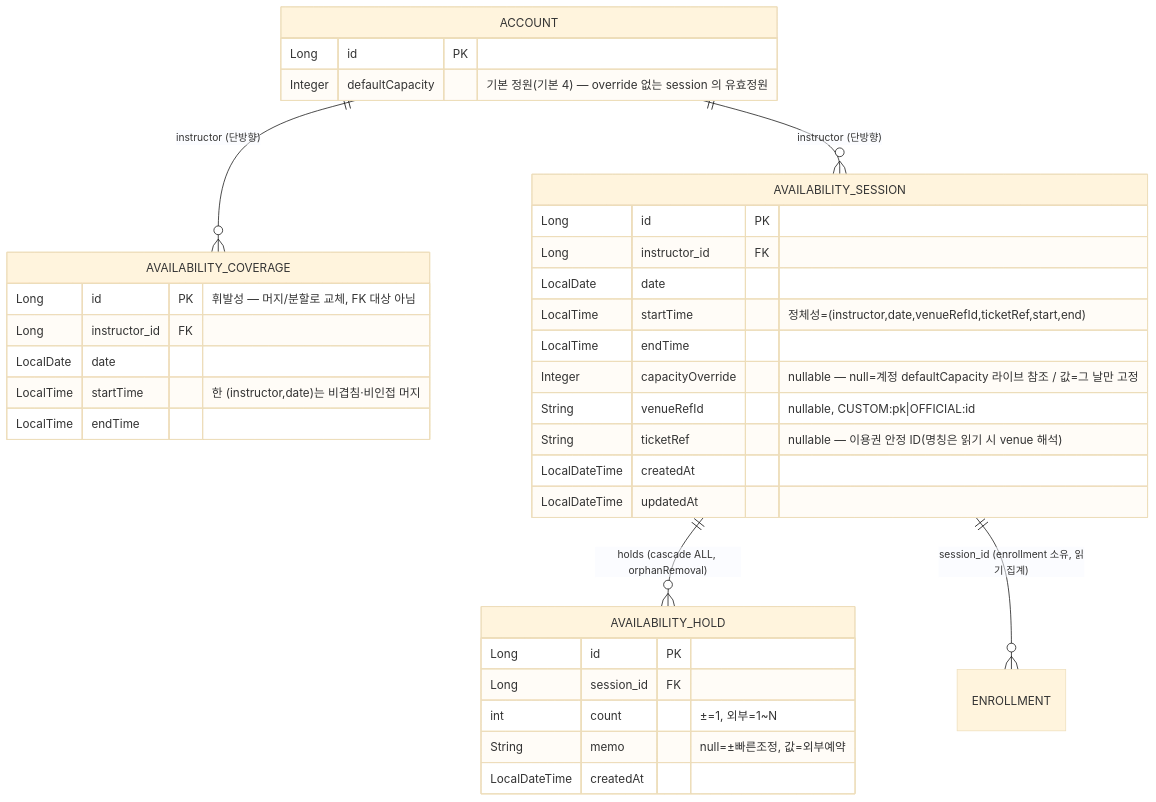
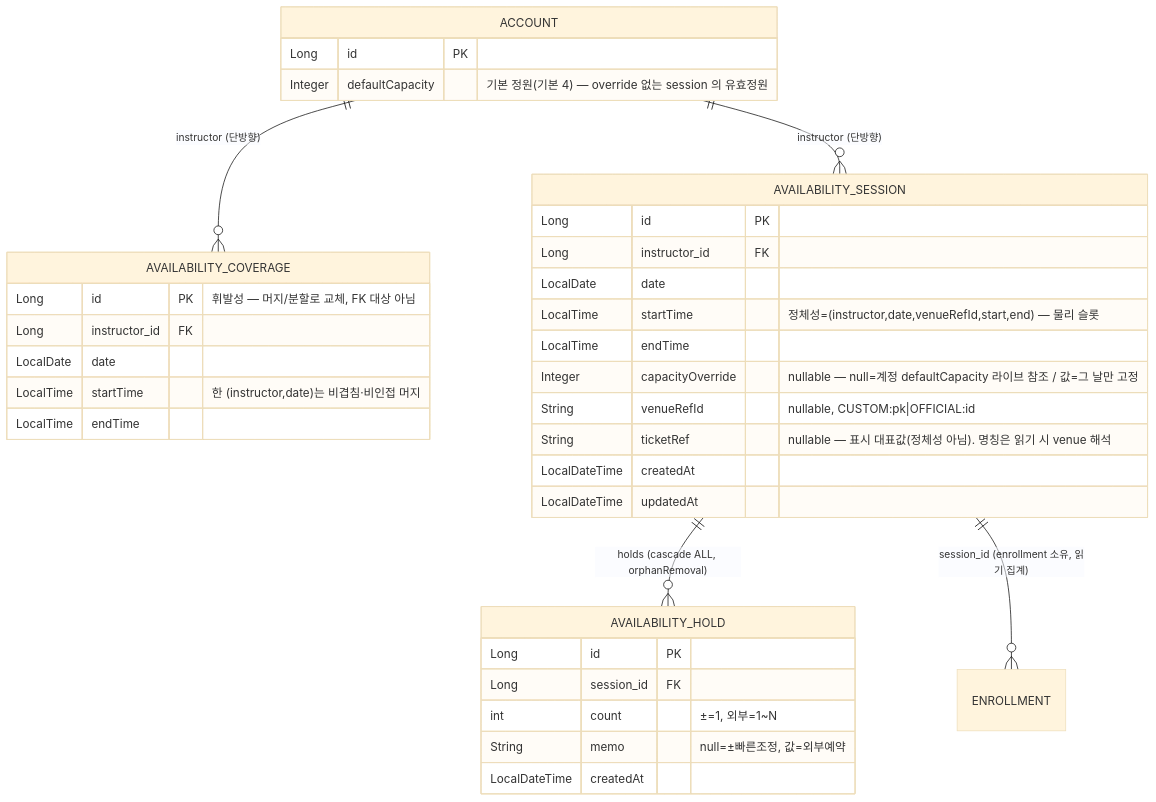
Before and after one commit to pungdong/Pungdong-Backend: the fifth of 5 diagrams in docs/architecture/availability.md, drawn with Mermaid (base theme). The commit also changed other lines of this file and 5 other files, not shown here.

First line of the commit message:
Fix: session 정체성에서 ticketRef 제외 — 정원 이중계산 방지 (시간 슬롯 단위 공유)

````diff
--- a/docs/architecture/availability.md
+++ b/docs/architecture/availability.md
@@ -123,38 +123,38 @@
 ```mermaid
 erDiagram
   ACCOUNT ||--o{ AVAILABILITY_COVERAGE : "instructor (단방향)"
   ACCOUNT ||--o{ AVAILABILITY_SESSION : "instructor (단방향)"
   AVAILABILITY_SESSION ||--o{ AVAILABILITY_HOLD : "holds (cascade ALL, orphanRemoval)"
   AVAILABILITY_SESSION ||--o{ ENROLLMENT : "session_id (enrollment 소유, 읽기 집계)"
 
   ACCOUNT {
     Long id PK
     Integer defaultCapacity "기본 정원(기본 4) — override 없는 session 의 유효정원"
   }
   AVAILABILITY_COVERAGE {
     Long id PK "휘발성 — 머지/분할로 교체, FK 대상 아님"
     Long instructor_id FK
     LocalDate date
     LocalTime startTime "한 (instructor,date)는 비겹침·비인접 머지"
     LocalTime endTime
   }
   AVAILABILITY_SESSION {
     Long id PK
     Long instructor_id FK
     LocalDate date
-    LocalTime startTime "정체성=(instructor,date,venueRefId,ticketRef,start,end)"
+    LocalTime startTime "정체성=(instructor,date,venueRefId,start,end) — 물리 슬롯"
     LocalTime endTime
     Integer capacityOverride "nullable — null=계정 defaultCapacity 라이브 참조 / 값=그 날만 고정"
     String venueRefId "nullable, CUSTOM:pk|OFFICIAL:id"
-    String ticketRef "nullable — 이용권 안정 ID(명칭은 읽기 시 venue 해석)"
+    String ticketRef "nullable — 표시 대표값(정체성 아님). 명칭은 읽기 시 venue 해석"
     LocalDateTime createdAt
     LocalDateTime updatedAt
   }
   AVAILABILITY_HOLD {
     Long id PK
     Long session_id FK
     int count "±=1, 외부=1~N"
     String memo "null=±빠른조정, 값=외부예약"
     LocalDateTime createdAt
   }
 ```
````
